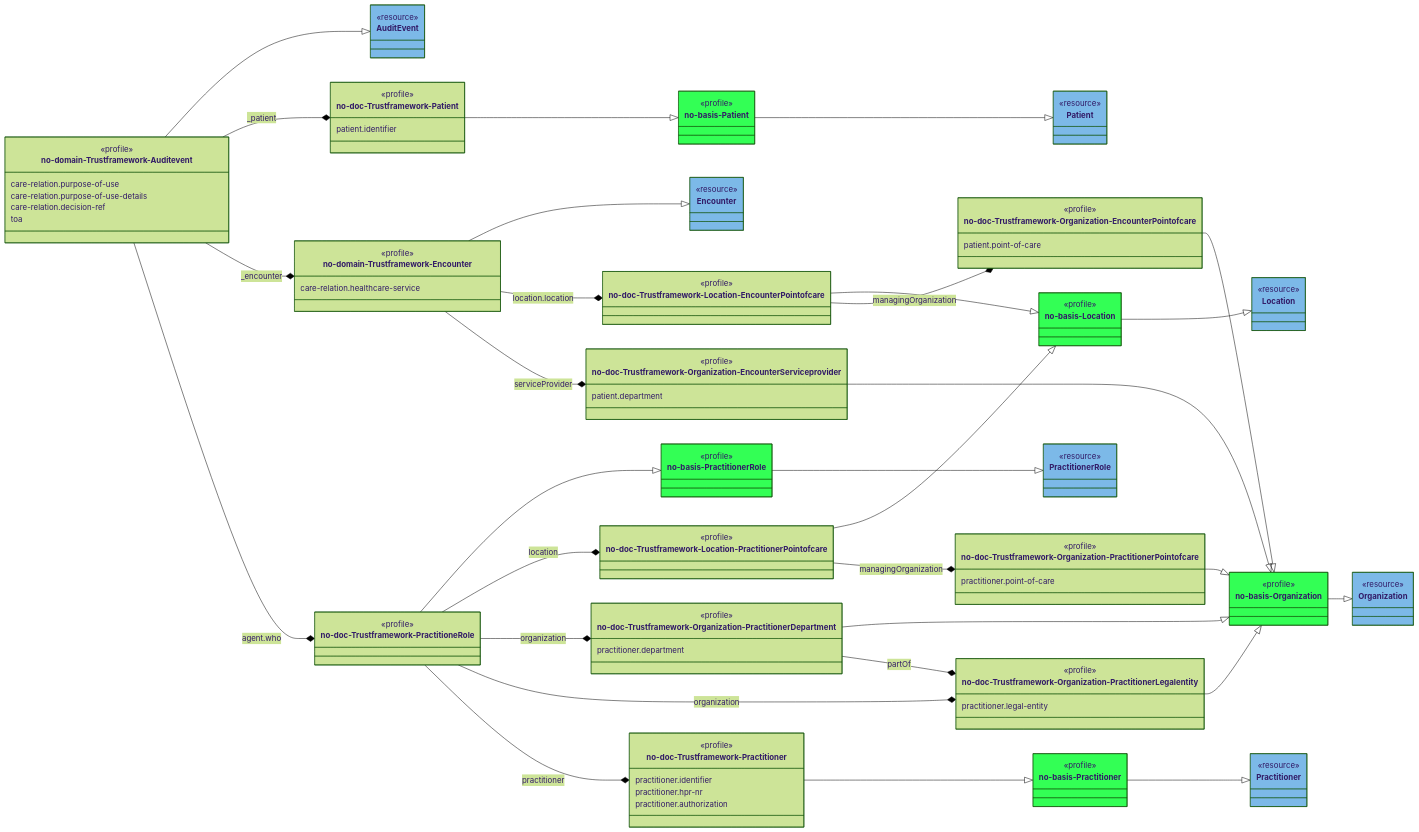
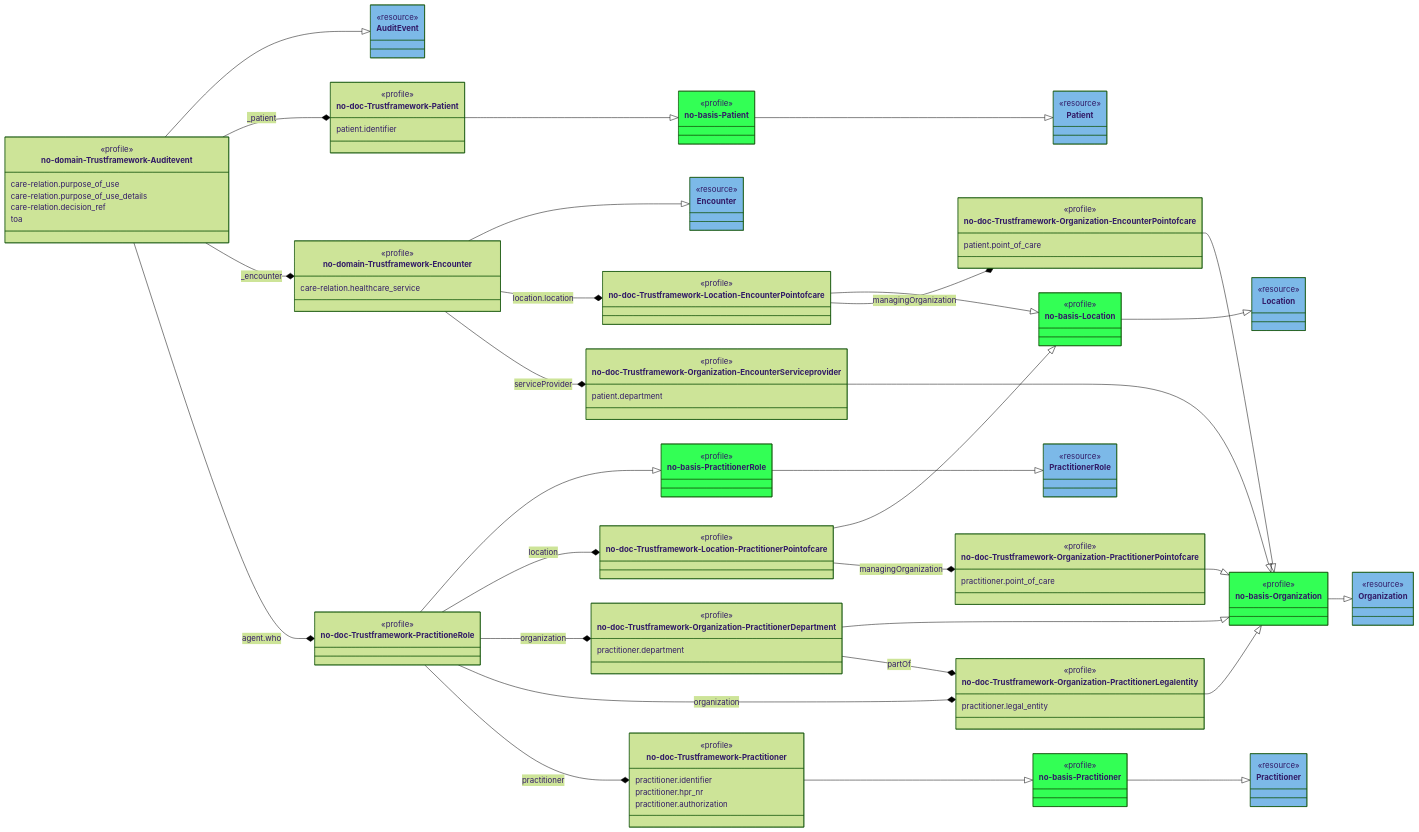
One commit to HL7Norway/AuditEvent changed the diagram in igs/AuditEvent/input/images/AuditEvent-ClassDiagram.mmd. Above: the diagram before and after it, drawn with Mermaid (forest theme). The commit also changed 5 other files, not shown here.

```diff
--- a/igs/AuditEvent/input/images/AuditEvent-ClassDiagram.mmd
+++ b/igs/AuditEvent/input/images/AuditEvent-ClassDiagram.mmd
@@ -1,139 +1,139 @@
 classDiagram
    direction RL
 
    class AuditEvent { <<resource>>  }
    style AuditEvent fill:#7CB9E8
    class Practitioner { <<resource>> }
    style Practitioner fill:#7CB9E8   
    class PractitionerRole { <<resource>> }
    style PractitionerRole fill:#7CB9E8      
    class Organization { <<resource>> }
    style Organization fill:#7CB9E8         
    class Location { <<resource>> }
    style Location fill:#7CB9E8        
    class Patient { <<resource>> }
    style Patient fill:#7CB9E8           
    class Encounter { <<resource>> }
    style Encounter fill:#7CB9E8 
   
 
  
    class no_basis_Patient["no-basis-Patient"]  {<<profile>>}
    class no_basis_Location["no-basis-Location"] {<<profile>>}
    class no_basis_PractitionerRole["no-basis-PractitionerRole"] {<<profile>>}
    class no_basis_Organization["no-basis-Organization"] {<<profile>>}
    class no_basis_Practitioner["no-basis-Practitioner"] {<<profile>>}
    style no_basis_Practitioner fill:#33FF55 
    style no_basis_Patient fill:#33FF55 
    style no_basis_Location fill:#33FF55 
    style no_basis_Organization fill:#33FF55     
    style no_basis_PractitionerRole fill:#33FF55     
                
    class no-domain-Trustframework-Auditevent {
      <<profile>>
-     care-relation.purpose-of-use
-     care-relation.purpose-of-use-details
-     care-relation.decision-ref     
+     care-relation.purpose_of_use
+     care-relation.purpose_of_use_details
+     care-relation.decision_ref     
      toa
    }
   
 
    class no-doc-Trustframework-PractitioneRole  {<<profile>>}
    class no-doc-Trustframework-Organization-PractitionerDepartment { 
      <<profile>>
      practitioner.department
    }   
   
 
    class no-doc-Trustframework-Practitioner  {
      <<profile>>
      practitioner.identifier
-     practitioner.hpr-nr
+     practitioner.hpr_nr
      practitioner.authorization
    }
 
    class no-doc-Trustframework-Organization-PractitionerLegalentity {
      <<profile>>
-     practitioner.legal-entity
+     practitioner.legal_entity
    }
    class no-doc-Trustframework-Location-PractitionerPointofcare {<<profile>>}
    class no-doc-Trustframework-Organization-PractitionerPointofcare {
      <<profile>>
-     practitioner.point-of-care
+     practitioner.point_of_care
    }
    class no-domain-Trustframework-Encounter {
      <<profile>>
-     care-relation.healthcare-service
+     care-relation.healthcare_service
    }
    class no-doc-Trustframework-Patient {
      <<profile>>
      patient.identifier
    }
 
    class no-doc-Trustframework-Location-EncounterPointofcare {<<profile>>}
    class no-doc-Trustframework-Organization-EncounterPointofcare {
      <<profile>>
-     patient.point-of-care     
+     patient.point_of_care     
    }
    class no-doc-Trustframework-Organization-EncounterServiceprovider {
      <<profile>>
      patient.department
    }
 
    AuditEvent <|-- no-domain-Trustframework-Auditevent 
    no_basis_PractitionerRole <|-- no-doc-Trustframework-PractitioneRole 
    no_basis_Practitioner <|-- no-doc-Trustframework-Practitioner
    no_basis_Organization <|-- no-doc-Trustframework-Organization-PractitionerDepartment   
    no_basis_Organization <|-- no-doc-Trustframework-Organization-PractitionerLegalentity
    no_basis_Organization <|-- no-doc-Trustframework-Organization-EncounterPointofcare
    no_basis_Organization <|-- no-doc-Trustframework-Organization-PractitionerPointofcare
    no_basis_Organization <|-- no-doc-Trustframework-Organization-EncounterServiceprovider
    no_basis_Location <|-- no-doc-Trustframework-Location-EncounterPointofcare
    no_basis_Location <|-- no-doc-Trustframework-Location-PractitionerPointofcare
    Location <|-- no_basis_Location
    no_basis_Patient <|-- no-doc-Trustframework-Patient
    Patient <|-- no_basis_Patient
    Encounter <|-- no-domain-Trustframework-Encounter
    PractitionerRole <|-- no_basis_PractitionerRole
    Organization <|-- no_basis_Organization
    Practitioner <|--  no_basis_Practitioner
   
     no-doc-Trustframework-Organization-PractitionerPointofcare *-- no-doc-Trustframework-Location-PractitionerPointofcare : managingOrganization
     no-doc-Trustframework-Organization-PractitionerLegalentity *-- no-doc-Trustframework-Organization-PractitionerDepartment : partOf
     no-doc-Trustframework-Location-EncounterPointofcare *-- no-domain-Trustframework-Encounter : location.location
     no-doc-Trustframework-Organization-EncounterServiceprovider *-- no-domain-Trustframework-Encounter: serviceProvider
     no-doc-Trustframework-Organization-EncounterPointofcare *-- no-doc-Trustframework-Location-EncounterPointofcare : managingOrganization
     no-doc-Trustframework-Location-PractitionerPointofcare *-- no-doc-Trustframework-PractitioneRole  : location
     no-doc-Trustframework-Organization-PractitionerDepartment *-- no-doc-Trustframework-PractitioneRole  : organization
     no-doc-Trustframework-Organization-PractitionerLegalentity *-- no-doc-Trustframework-PractitioneRole  : organization
     no-doc-Trustframework-Practitioner *-- no-doc-Trustframework-PractitioneRole  : practitioner
     no-doc-Trustframework-Patient *-- no-domain-Trustframework-Auditevent  : _patient
     no-domain-Trustframework-Encounter *-- no-domain-Trustframework-Auditevent  : _encounter
     no-doc-Trustframework-PractitioneRole  *-- no-domain-Trustframework-Auditevent  : agent.who
     
     link AuditEvent "https://hl7.org/fhir/R4/auditevent.html" 
     link Practitioner "https://hl7.org/fhir/R4/practitioner.html" 
     link PractitionerRole "https://hl7.org/fhir/R4/practitionerrole.html" 
     link Organization "https://hl7.org/fhir/R4/organization.html" 
     link Location "https://hl7.org/fhir/R4/location.html" 
     link Patient  "https://hl7.org/fhir/R4/patient.html" 
     link Encounter "https://hl7.org/fhir/R4/encounter.html" 
   
 
     link no-domain-Trustframework-Auditevent "StructureDefinition-no-domain-Trustframework-Auditevent.html"
     link no-doc-Trustframework-PractitioneRole  "StructureDefinition-no-doc-Trustframework-PractitioneRole.html"
     link no-doc-Trustframework-Organization-PractitionerDepartment "StructureDefinition-no-doc-Trustframework-Organization-PractitionerDepartment.html"
     link no-doc-Trustframework-Practitioner "StructureDefinition-no-doc-Trustframework-Practitioner.html"
     link no-doc-Trustframework-Organization-PractitionerLegalentity "StructureDefinition-no-doc-Trustframework-Organization-PractitionerLegalentity.html"
     link no-doc-Trustframework-Location-PractitionerPointofcare "StructureDefinition-no-doc-Trustframework-Location-PractitionerPointofcare.html"
     link no-doc-Trustframework-Organization-PractitionerPointofcare "StructureDefinition-no-doc-Trustframework-Organization-PractitionerPointofcare.html"
     link no-domain-Trustframework-Encounter "StructureDefinition-no-domain-Trustframework-Encounter.html"
     link no-doc-Trustframework-Patient "StructureDefinition-no-doc-Trustframework-Patient.html"
     link no-doc-Trustframework-Location-EncounterPointofcare "StructureDefinition-no-doc-Trustframework-Location-EncounterPointofcare.html"
     link no-doc-Trustframework-Organization-EncounterPointofcare "StructureDefinition-no-doc-Trustframework-Organization-EncounterPointofcare.html"
     link no-doc-Trustframework-Organization-EncounterServiceprovider "StructureDefinition-no-doc-Trustframework-Organization-EncounterServiceprovider.html"
     link no_basis_Patient "https://simplifier.net/packages/hl7.fhir.no.basis/2.2.0/files/2210549"
     link no_basis_Location "https://simplifier.net/packages/hl7.fhir.no.basis/2.2.0/files/2210537"
     link no_basis_PractitionerRole "https://simplifier.net/packages/hl7.fhir.no.basis/2.2.0/files/2210553"
     link no_basis_Organization "https://simplifier.net/packages/hl7.fhir.no.basis/2.2.0/files/2210545"
     link no_basis_Practitioner "https://simplifier.net/packages/hl7.fhir.no.basis/2.2.0/files/2210552"
```
